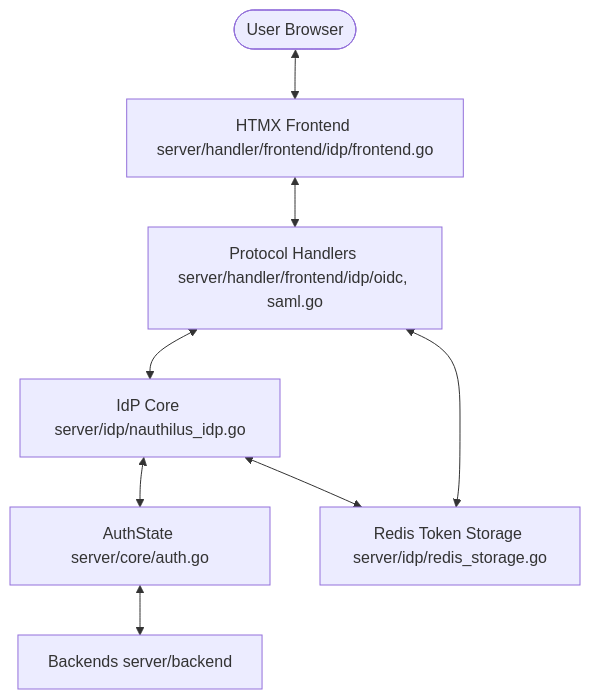
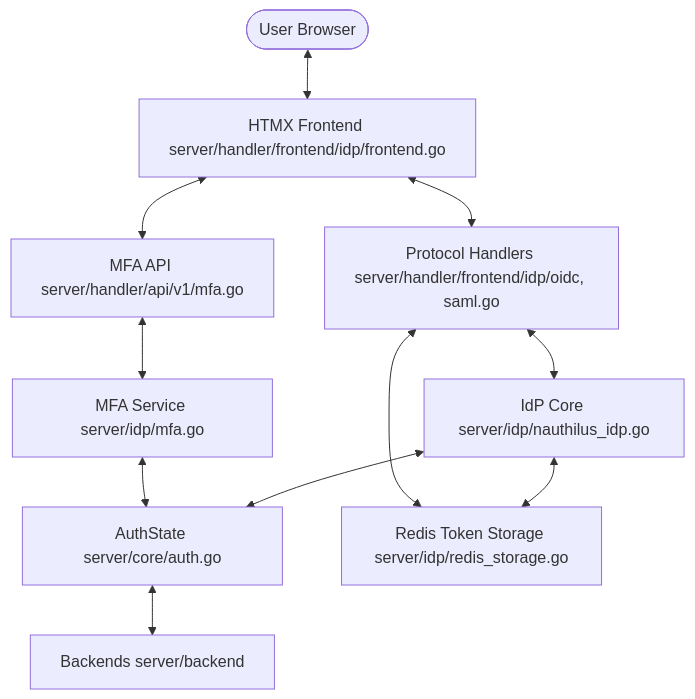
One commit to croessner/nauthilus changed the first of 6 diagrams in server/docs/idp.md. Above: the diagram before and after it, drawn with Mermaid. The commit also changed other lines of this file and 6 other files, not shown here.

First line of the commit message:
Feat: Add MFA API with TOTP, WebAuthn, and recovery code management

````diff
--- a/server/docs/idp.md
+++ b/server/docs/idp.md
@@ -39,10 +41,13 @@
 ```mermaid
 graph TD
     User([User Browser]) <--> FE[HTMX Frontend server/handler/frontend/idp/frontend.go]
     FE <--> PH[Protocol Handlers server/handler/frontend/idp/oidc, saml.go]
     PH <--> IC[IdP Core server/idp/nauthilus_idp.go]
     IC <--> AS[AuthState server/core/auth.go]
     AS <--> BE[Backends server/backend]
     IC <--> RTS[Redis Token Storage server/idp/redis_storage.go]
     PH <--> RTS
+    FE <--> MFA[MFA API server/handler/api/v1/mfa.go]
+    MFA <--> MS[MFA Service server/idp/mfa.go]
+    MS <--> AS
 ```
````
